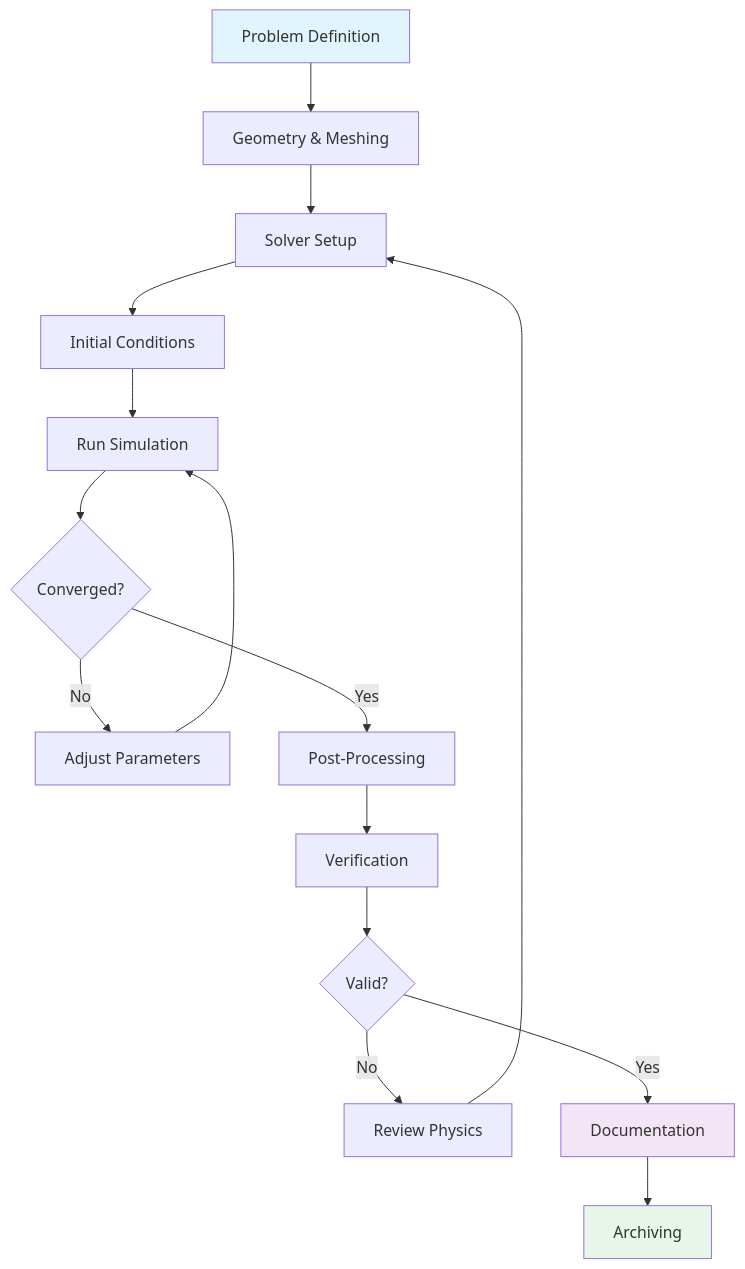
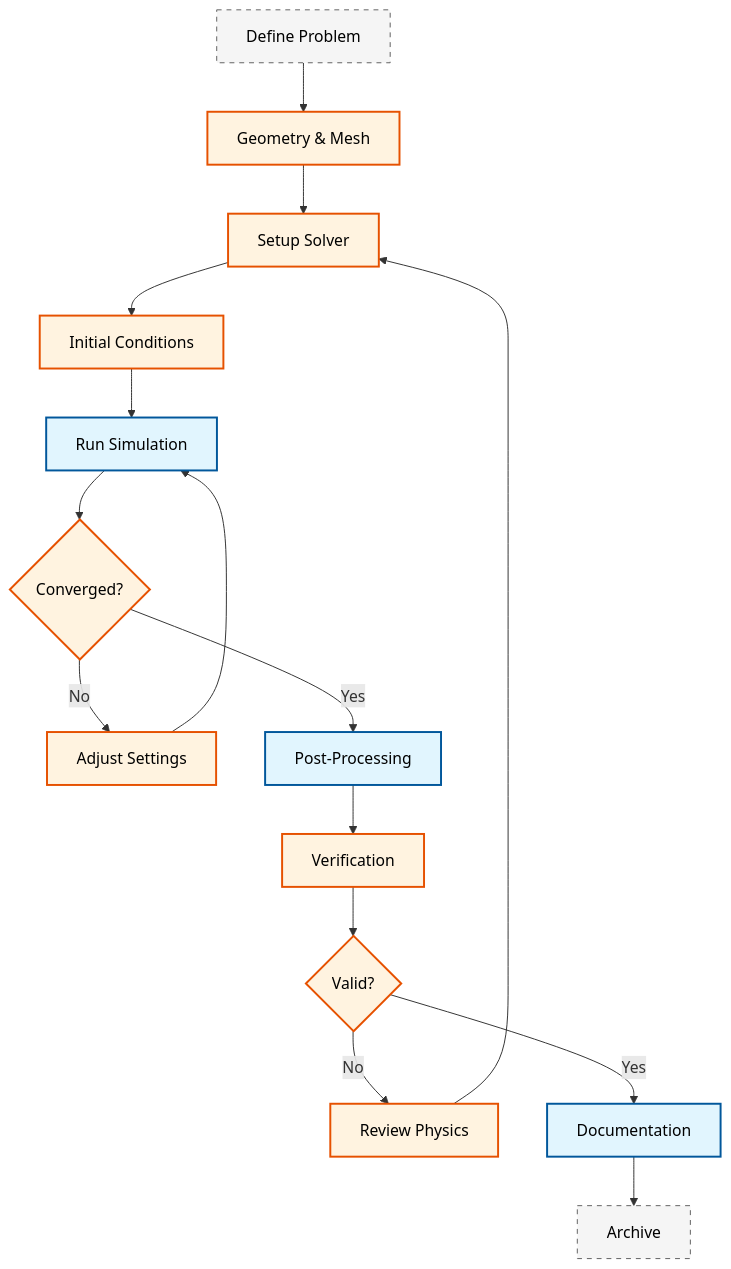
One commit to wramet/build-my-cfd changed the diagram in MODULE_07_UTILITIES_AUTOMATION/CONTENT/07_PROFESSIONAL_PRACTICE/00_Overview.md. Above: the diagram before and after it, drawn with Mermaid. The commit also changed 313 other files, not shown here.

Commit message:
Revise all diagram

````diff
--- a/MODULE_07_UTILITIES_AUTOMATION/CONTENT/07_PROFESSIONAL_PRACTICE/00_Overview.md
+++ b/MODULE_07_UTILITIES_AUTOMATION/CONTENT/07_PROFESSIONAL_PRACTICE/00_Overview.md
@@ -459,21 +459,21 @@
 ```mermaid
 flowchart TD
-    A[Problem Definition] --> B[Geometry & Meshing]
-    B --> C[Solver Setup]
-    C --> D[Initial Conditions]
-    D --> E[Run Simulation]
-    E --> F{Converged?}
-    F -->|No| G[Adjust Parameters]
-    G --> E
-    F -->|Yes| H[Post-Processing]
-    H --> I[Verification]
-    I --> J{Valid?}
-    J -->|No| K[Review Physics]
-    K --> C
-    J -->|Yes| L[Documentation]
-    L --> M[Archiving]
+classDef implicit fill:#e1f5fe,stroke:#01579b,stroke-width:2px,color:#000
+classDef explicit fill:#fff3e0,stroke:#e65100,stroke-width:2px,color:#000
+classDef context fill:#f5f5f5,stroke:#616161,stroke-width:1px,color:#000,stroke-dasharray: 5 5
 
-    style A fill:#e1f5fe
-    style L fill:#f3e5f5
-    style M fill:#e8f5e9
+A[Define Problem]:::context --> B[Geometry & Mesh]:::explicit
+B --> C[Setup Solver]:::explicit
+C --> D[Initial Conditions]:::explicit
+D --> E[Run Simulation]:::implicit
+E --> F{Converged?}:::explicit
+F -->|No| G[Adjust Settings]:::explicit
+G --> E
+F -->|Yes| H[Post-Processing]:::implicit
+H --> I[Verification]:::explicit
+I --> J{Valid?}:::explicit
+J -->|No| K[Review Physics]:::explicit
+K --> C
+J -->|Yes| L[Documentation]:::implicit
+L --> M[Archive]:::context
 ```
````
